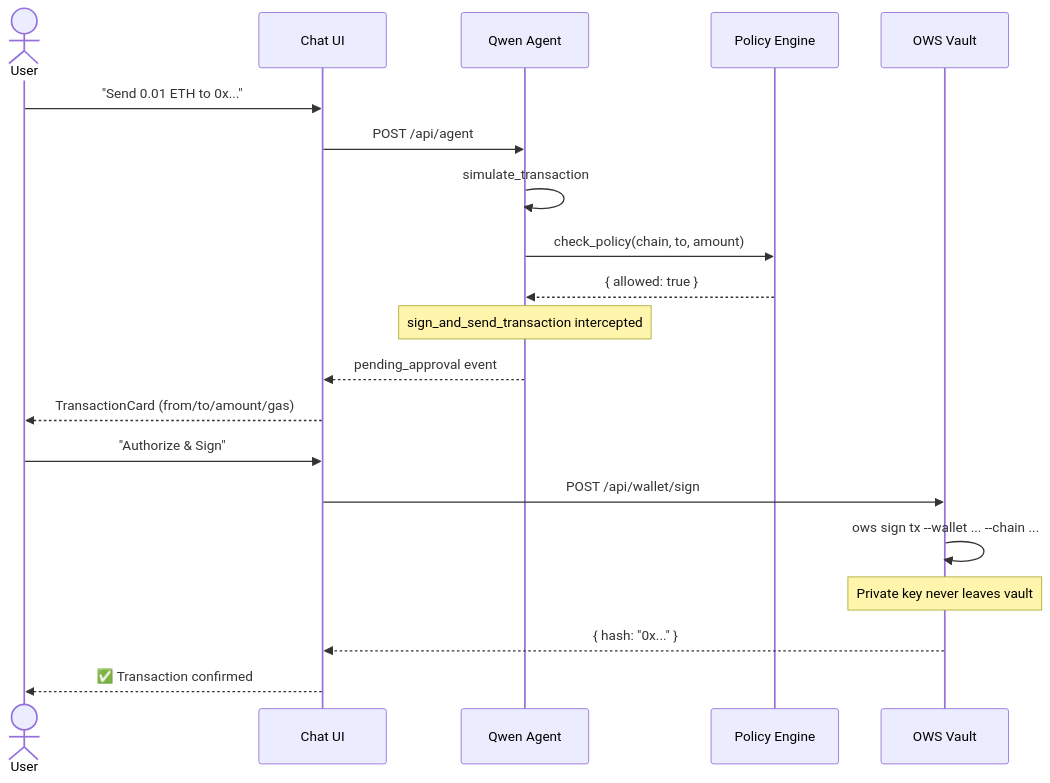
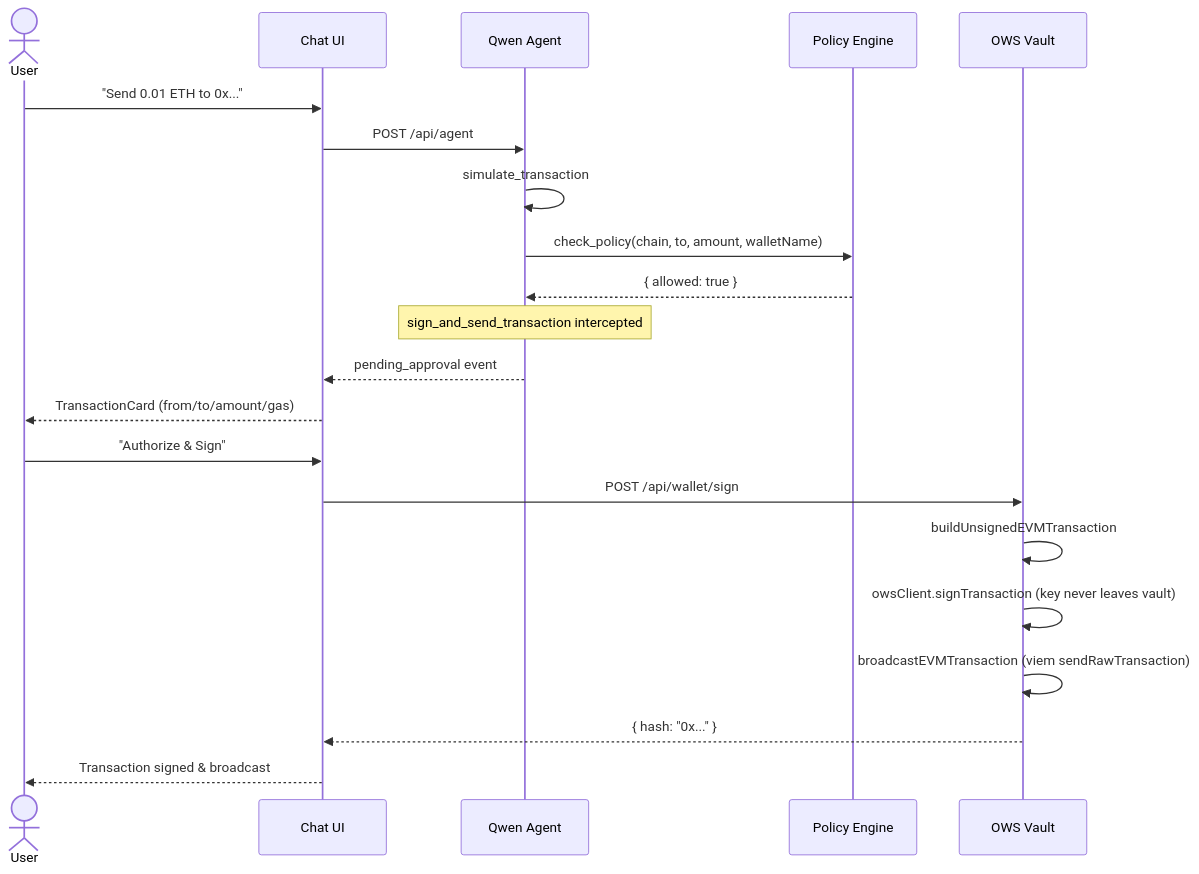
The second of 3 diagrams in IMPLEMENTATION_SUMMARY.md (dnebayis/OWSTreasury), drawn with Mermaid before and after one commit. The commit also changed other lines of this file and 2 other files, not shown here.

````diff
--- a/IMPLEMENTATION_SUMMARY.md
+++ b/IMPLEMENTATION_SUMMARY.md
@@ -52,23 +57,24 @@
 ```mermaid
 sequenceDiagram
     actor User
     participant UI as Chat UI
     participant AG as Qwen Agent
     participant PE as Policy Engine
     participant OWS as OWS Vault
 
     User->>UI: "Send 0.01 ETH to 0x..."
     UI->>AG: POST /api/agent
     AG->>AG: simulate_transaction
-    AG->>PE: check_policy(chain, to, amount)
+    AG->>PE: check_policy(chain, to, amount, walletName)
     PE-->>AG: { allowed: true }
     Note over AG: sign_and_send_transaction intercepted
     AG-->>UI: pending_approval event
     UI-->>User: TransactionCard (from/to/amount/gas)
     User->>UI: "Authorize & Sign"
     UI->>OWS: POST /api/wallet/sign
-    OWS->>OWS: ows sign tx --wallet ... --chain ...
-    Note over OWS: Private key never leaves vault
+    OWS->>OWS: buildUnsignedEVMTransaction
+    OWS->>OWS: owsClient.signTransaction (key never leaves vault)
+    OWS->>OWS: broadcastEVMTransaction (viem sendRawTransaction)
     OWS-->>UI: { hash: "0x..." }
-    UI-->>User: ✅ Transaction confirmed
+    UI-->>User: Transaction signed & broadcast
 ```
````
